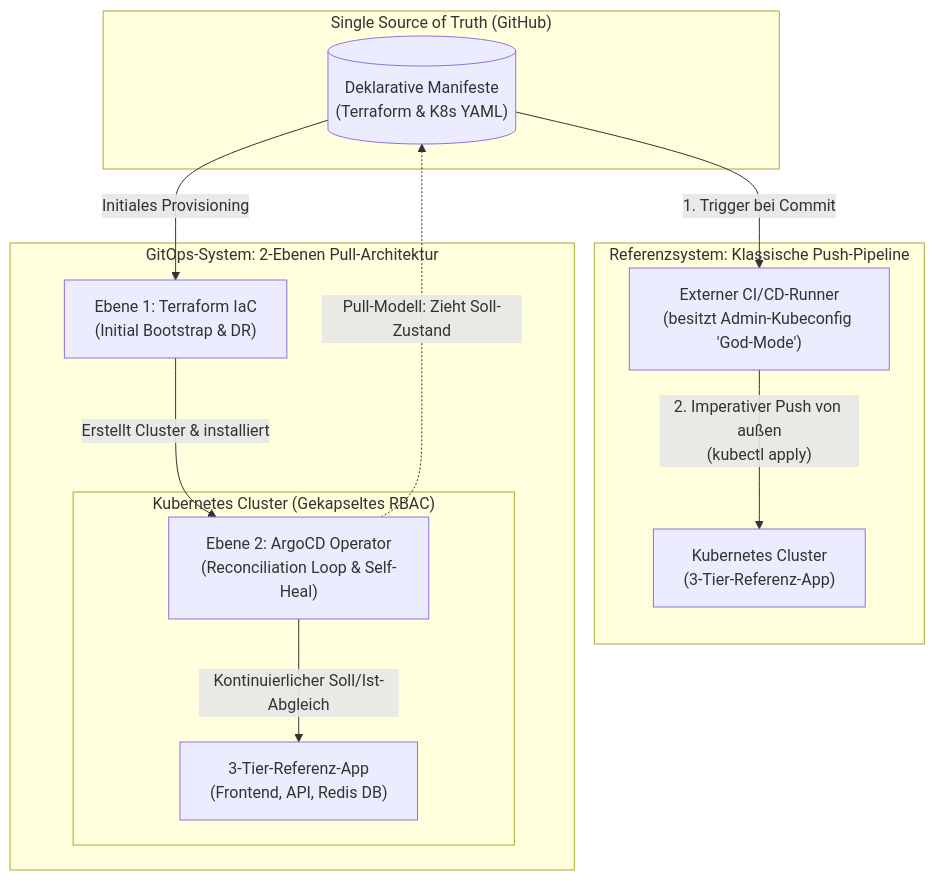
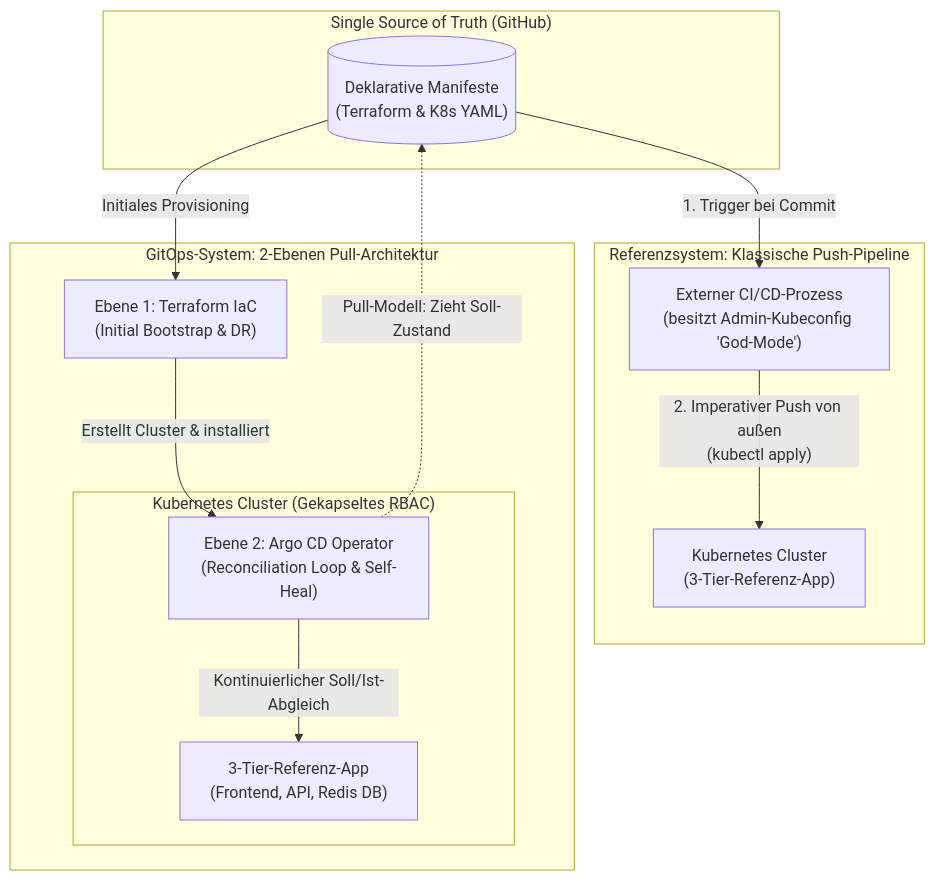
Before and after one commit to timopeters-dev/bachelor-gitops-demo: the diagram in README.md, drawn with Mermaid. The commit also changed other lines of this file, not shown here.

````diff
--- a/README.md
+++ b/README.md
@@ -29,25 +29,25 @@
 ```mermaid
 flowchart TB
     subgraph Git["Single Source of Truth (GitHub)"]
         Repo[("Deklarative Manifeste<br/>(Terraform & K8s YAML)")]
     end
 
     subgraph PushModel["Referenzsystem: Klassische Push-Pipeline"]
-        CIRunner["Externer CI/CD-Runner<br/>(besitzt Admin-Kubeconfig 'God-Mode')"]
+        CIRunner["Externer CI/CD-Prozess<br/>(besitzt Admin-Kubeconfig 'God-Mode')"]
         K8sPush["Kubernetes Cluster<br/>(3-Tier-Referenz-App)"]
         Repo -->|"1. Trigger bei Commit"| CIRunner
         CIRunner -->|"2. Imperativer Push von außen<br/>(kubectl apply)"| K8sPush
     end
 
     subgraph GitOpsModel["GitOps-System: 2-Ebenen Pull-Architektur"]
         TF["Ebene 1: Terraform IaC<br/>(Initial Bootstrap & DR)"]
         subgraph K8sGitOps["Kubernetes Cluster (Gekapseltes RBAC)"]
-            Argo["Ebene 2: ArgoCD Operator<br/>(Reconciliation Loop & Self-Heal)"]
+            Argo["Ebene 2: Argo CD Operator<br/>(Reconciliation Loop & Self-Heal)"]
             App["3-Tier-Referenz-App<br/>(Frontend, API, Redis DB)"]
             Argo -->|"Kontinuierlicher Soll/Ist-Abgleich"| App
         end
         Repo -->|"Initiales Provisioning"| TF
         TF -->|"Erstellt Cluster & installiert"| Argo
         Argo -.->|"Pull-Modell: Zieht Soll-Zustand"| Repo
     end
 ```
````
